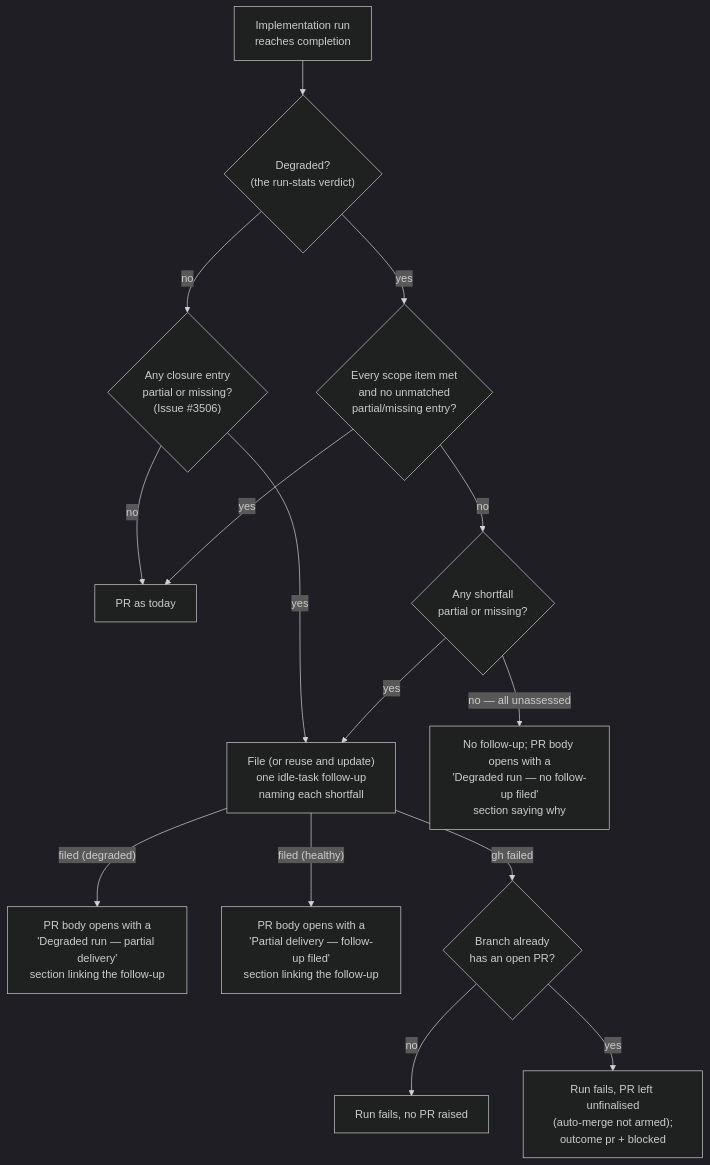
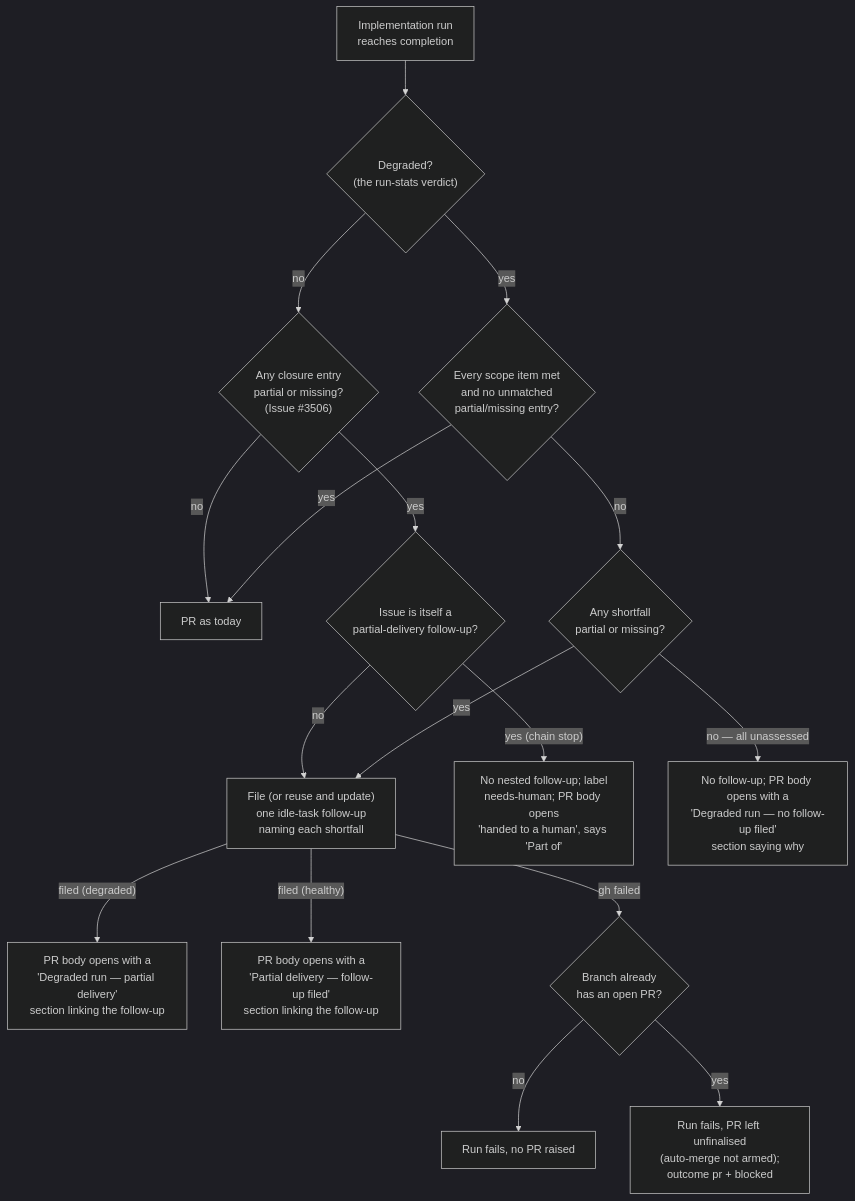
One commit to stSoftwareAU/VibeCoder changed diagram 21 of 25 in docs/workflows/issue-processing.md. Above: the diagram before and after it, drawn with Mermaid (dark theme). The commit also changed 4 other files, not shown here.

First line of the commit message:
Scope the chain-stop exception to healthy runs in every restatement

````diff
--- a/docs/workflows/issue-processing.md
+++ b/docs/workflows/issue-processing.md
@@ -2398,17 +2398,19 @@
 ```mermaid
 flowchart TD
     R["Implementation run<br/>reaches completion"] --> D{"Degraded?<br/>(the run-stats verdict)"}
     D -- no --> H{"Any closure entry<br/>partial or missing?<br/>(Issue #3506)"}
     H -- no --> P["PR as today"]
-    H -- yes --> F
+    H -- yes --> C{"Issue is itself a<br/>partial-delivery follow-up?"}
+    C -- no --> F
+    C -- "yes (chain stop)" --> CS["No nested follow-up; label<br/>needs-human; PR body opens<br/>'handed to a human', says 'Part of'"]
     D -- yes --> S{"Every scope item met<br/>and no unmatched<br/>partial/missing entry?"}
     S -- yes --> P
     S -- no --> G{"Any shortfall<br/>partial or missing?"}
     G -- yes --> F["File (or reuse and update)<br/>one idle-task follow-up<br/>naming each shortfall"]
     F -- "filed (degraded)" --> B["PR body opens with a<br/>'Degraded run — partial delivery'<br/>section linking the follow-up"]
     F -- "filed (healthy)" --> W["PR body opens with a<br/>'Partial delivery — follow-up filed'<br/>section linking the follow-up"]
     F -- "gh failed" --> Q{"Branch already<br/>has an open PR?"}
     Q -- no --> X["Run fails, no PR raised"]
     Q -- yes --> Y["Run fails, PR left unfinalised<br/>(auto-merge not armed);<br/>outcome pr + blocked"]
     G -- "no — all unassessed" --> N["No follow-up; PR body opens with a<br/>'Degraded run — no follow-up filed'<br/>section saying why"]
 ```
````
